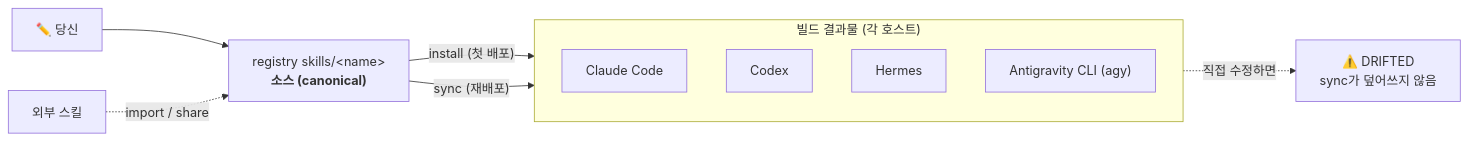
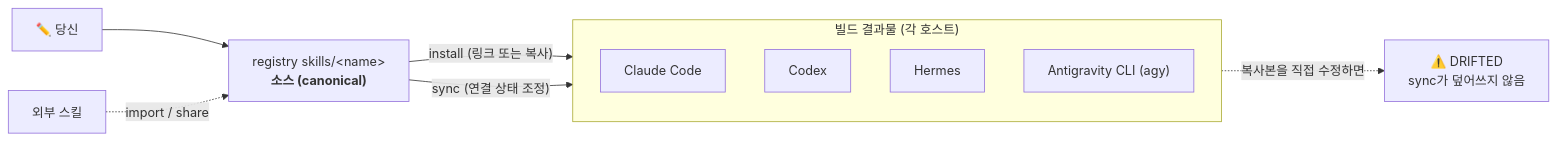
Before and after one commit to Seosiju/my-skills: the diagram in README.ko.md, drawn with Mermaid. The commit also changed other lines of this file and 12 other files, not shown here.

````diff
--- a/README.ko.md
+++ b/README.ko.md
@@ -80,16 +78,16 @@
 ```mermaid
 flowchart LR
     edit["✏️ 당신"] --> src["registry skills/&lt;name&gt;<br/><b>소스 (canonical)</b>"]
     ext["외부 스킬"] -.->|import / share| src
-    src -->|"install (첫 배포)"| out
-    src -->|"sync (재배포)"| out
+    src -->|"install (링크 또는 복사)"| out
+    src -->|"sync (연결 상태 조정)"| out
 
     subgraph out["빌드 결과물 (각 호스트)"]
         c["Claude Code"]
         x["Codex"]
         h["Hermes"]
         a["Antigravity CLI (agy)"]
     end
 
-    out -. "직접 수정하면" .-> drift["⚠️ DRIFTED<br/>sync가 덮어쓰지 않음"]
+    out -. "복사본을 직접 수정하면" .-> drift["⚠️ DRIFTED<br/>sync가 덮어쓰지 않음"]
 ```
````
